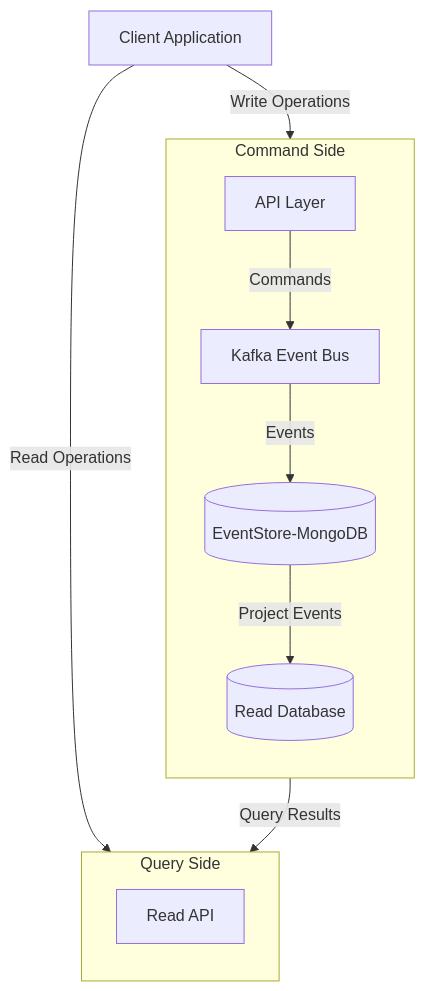
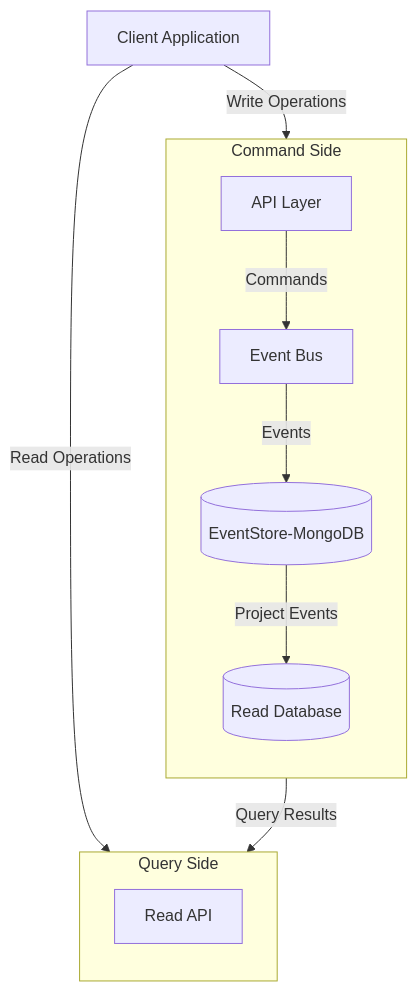
Before and after one commit to staruser143/dash-app: the diagram in test.md, drawn with Mermaid.

````diff
--- a/test.md
+++ b/test.md
@@ -1,27 +1,27 @@
 ```mermaid
 flowchart TB
    Client[Client Application]
    API[API Layer]
-   Kafka[Kafka Event Bus]
+   EventBus[ Event Bus]
    MongoDB[(EventStore-MongoDB)]
    ReadDB[(Read Database)]
 
    subgraph Command Side
        direction TB
-       API --> |Commands| Kafka
-       Kafka--> |Events| MongoDB
+       API --> |Commands| EventBus
+       EventBus--> |Events| MongoDB
        MongoDB-->|Project Events| ReadDB
    end
 
    subgraph Query Side
         direction TB
         ReadAPI[Read API]
         ReadDB-->|Query Results| ReadAPI
    end
 
    Client -->|Write Operations| API
    Client -->|Read Operations| ReadAPI
    
 
 
 ```
````
